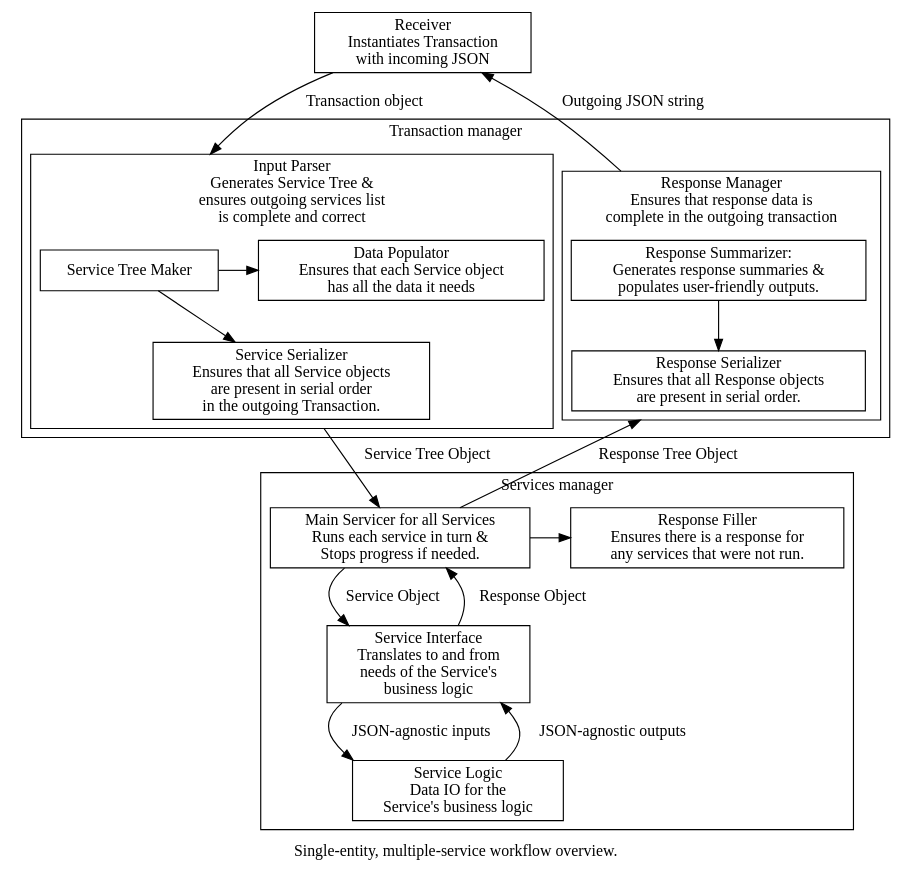
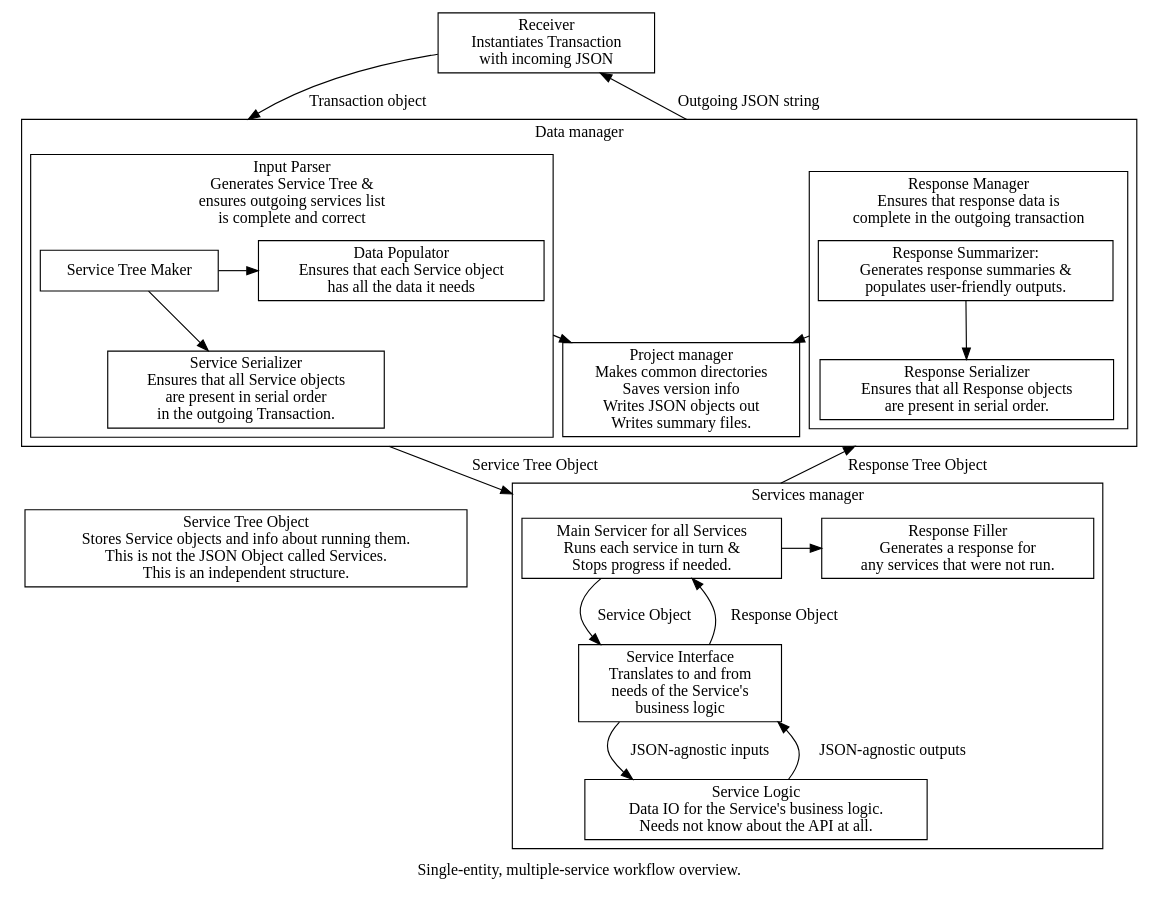
One commit to GLYCAM-Web/gems changed the diagram in docs/gemsModules/Images/Workflow/data-manager-and-servicer.dot. Above: the diagram before and after it, drawn with Graphviz. The commit also changed 1 other file, not shown here.

Commit message:
Entity/Services design is fairly complete.

```diff
--- a/docs/gemsModules/Images/Workflow/data-manager-and-servicer.dot
+++ b/docs/gemsModules/Images/Workflow/data-manager-and-servicer.dot
@@ -1,49 +1,54 @@
 digraph {
     node [shape=box];
     compound=True;
 
     label="Single-entity, multiple-service workflow overview.";
 
     Receiver [label="Receiver\nInstantiates Transaction\nwith incoming JSON"];
    
-    subgraph cluster_transaction_manager {
-        label="Transaction manager";
+    subgraph cluster_data_manager {
+        label="Data manager";
         subgraph cluster_input_parser {
             label="Input Parser\nGenerates Service Tree &\nensures outgoing services list\nis complete and correct";
             Service_Tree_Maker [label="Service Tree Maker\n"];
             Data_Populator [label="Data Populator\nEnsures that each Service object\nhas all the data it needs"];
             Service_Serializer [label="Service Serializer\nEnsures that all Service objects\nare present in serial order\nin the outgoing Transaction."];
             { rank=same; Service_Tree_Maker -> Data_Populator; }  
             Service_Tree_Maker -> Service_Serializer ;
         }
+	Project_Manager [label="Project manager\nMakes common directories\nSaves version info\nWrites JSON objects out\nWrites summary files."];
+        Data_Populator -> Project_Manager [ltail=cluster_input_parser ];
         subgraph cluster_response_manager {
             label="Response Manager\nEnsures that response data is\ncomplete in the outgoing transaction";
             Response_Summarizer [label="Response Summarizer:\nGenerates response summaries &\npopulates user-friendly outputs."];
             Response_Serializer [label="Response Serializer\nEnsures that all Response objects\nare present in serial order."];
 
             Response_Summarizer -> Response_Serializer ;
         }
+        Response_Summarizer -> Project_Manager [ltail=cluster_response_manager];
     }
+    Service_Tree [label="Service Tree Object\nStores Service objects and info about running them.\nThis is not the JSON Object called Services.\nThis is an independent structure."];
+    Service_Serializer -> Service_Tree [style=invis];
 
     subgraph cluster_service_manager {
         label="Services manager";
         Main_Servicer [label="Main Servicer for all Services\nRuns each service in turn &\nStops progress if needed."];
         Service_Interface [label="Service Interface\nTranslates to and from\nneeds of the Service's\n business logic"];
-        Service_Logic [label="Service Logic\nData IO for the\nService's business logic"];
-        Response_Filler [label="Response Filler\nEnsures there is a response for\nany services that were not run."];
+        Service_Logic [label="Service Logic\nData IO for the Service's business logic.\nNeeds not know about the API at all."];
+        Response_Filler [label="Response Filler\nGenerates a response for\nany services that were not run."];
 
         Main_Servicer -> Service_Interface [label="Service Object  "];
         Main_Servicer -> Service_Interface [label="Response Object  " dir="back"];
         { rank=same; Main_Servicer -> Response_Filler ;}
 
         Service_Interface -> Service_Logic [label="JSON-agnostic inputs  "];
         Service_Interface -> Service_Logic [label="JSON-agnostic outputs  " dir="back"];
     }
     
-    Receiver -> Service_Tree_Maker [label="Transaction object  " lhead=cluster_input_parser];
-    Receiver -> Response_Summarizer [label="Outgoing JSON string  " dir="back" lhead=cluster_response_manager];
+    Receiver -> Service_Tree_Maker [label="Transaction object  " lhead=cluster_data_manager];
+    Receiver -> Response_Summarizer [label="Outgoing JSON string  " dir="back" lhead=cluster_data_manager];
     
-    Service_Serializer -> Main_Servicer [label="Service Tree Object  " ltail=cluster_input_parser];
-    Response_Serializer -> Main_Servicer [label="Response Tree Object  " dir="back" ltail=cluster_response_manager];
+    Service_Serializer -> Main_Servicer [label="Service Tree Object  " lhead=cluster_service_manager ltail=cluster_data_manager];
+    Response_Serializer -> Main_Servicer [label="Response Tree Object  " dir="back" lhead=cluster_service_manager ltail=cluster_data_manager];
 
 }
```
